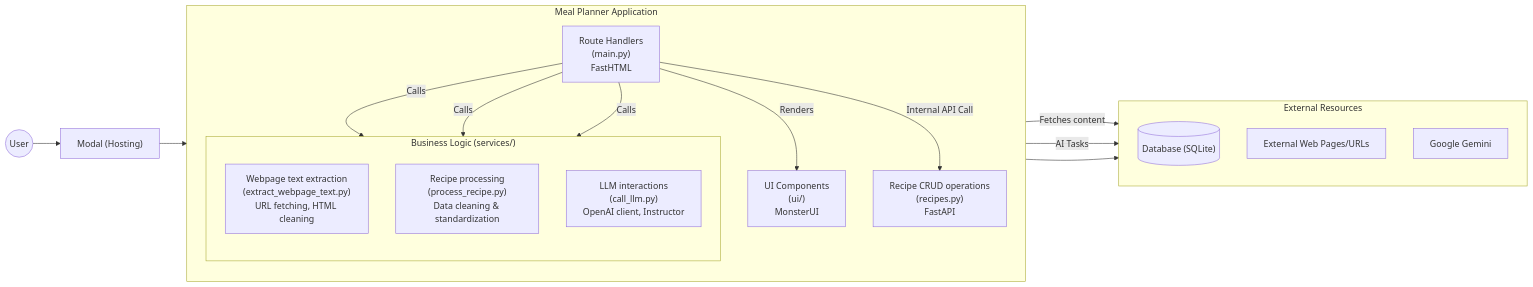
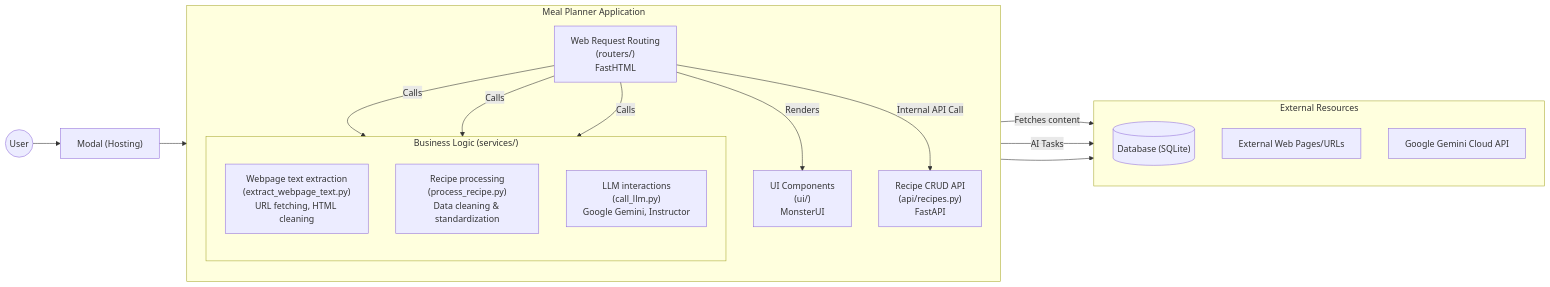
The diagram in README.md (gsganden/meal_planner), drawn with Mermaid before and after one commit.

Commit message:
Update diagram

````diff
--- a/README.md
+++ b/README.md
@@ -12,46 +12,45 @@
 ```mermaid
 graph LR
     User(("User"))
 
     Modal["Modal (Hosting)"]
 
     subgraph "Meal Planner Application"
         direction LR
-        
 
         direction TB
-        Main_Routes["Route Handlers<br/>(main.py)<br/>FastHTML"]
+        Web_Routing_Layer["Web Request Routing<br/>(routers/)<br/>FastHTML"]
         
         UI_Components["UI Components<br/>(ui/)<br/>MonsterUI"]
 
         subgraph "Business Logic (services/)"
             direction TB
             Webpage_Text_Extractor_Service["Webpage text extraction<br/>(extract_webpage_text.py)<br/>URL fetching, HTML cleaning"]
             Recipe_Processing_Service["Recipe processing<br/>(process_recipe.py)<br/>Data cleaning & standardization"]
-            LLM_Service["LLM interactions<br/>(call_llm.py)<br/>OpenAI client, Instructor"]
+            LLM_Service["LLM interactions<br/>(call_llm.py)<br/>Google Gemini, Instructor"]
         end
 
-        API_Layer["Recipe CRUD operations<br/>(recipes.py)<br/>FastAPI"]
+        API_Layer["Recipe CRUD API<br/>(api/recipes.py)<br/>FastAPI"]
 
-        Main_Routes -- "Renders" --> UI_Components
+        Web_Routing_Layer -- "Renders" --> UI_Components
         
-        Main_Routes -- "Calls" --> Webpage_Text_Extractor_Service
-        Main_Routes -- "Calls" --> Recipe_Processing_Service
-        Main_Routes -- "Calls" --> LLM_Service
-        Main_Routes -- "Internal API Call" --> API_Layer
+        Web_Routing_Layer -- "Calls" --> Webpage_Text_Extractor_Service
+        Web_Routing_Layer -- "Calls" --> Recipe_Processing_Service
+        Web_Routing_Layer -- "Calls" --> LLM_Service
+        Web_Routing_Layer -- "Internal API Call" --> API_Layer
     end
 
     subgraph "External Resources"
         direction TB
         Database[("Database (SQLite)")]
         External_Web_Pages["External Web Pages/URLs"]
-        Gemini_AI["Google Gemini"]
+        Google_Gemini_Cloud["Google Gemini Cloud API"]
     end
 
     User --> Modal
-    Modal --> Main_Routes
+    Modal --> Web_Routing_Layer
 
     Webpage_Text_Extractor_Service -- "Fetches content" --> External_Web_Pages
-    LLM_Service -- "AI Tasks" --> Gemini_AI
+    LLM_Service -- "AI Tasks" --> Google_Gemini_Cloud
     API_Layer --> Database
 ```
````
